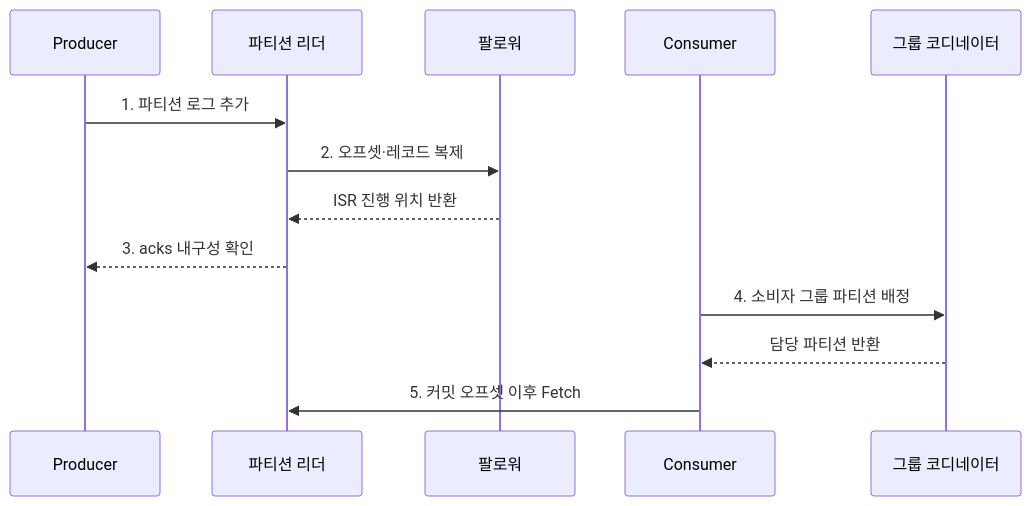
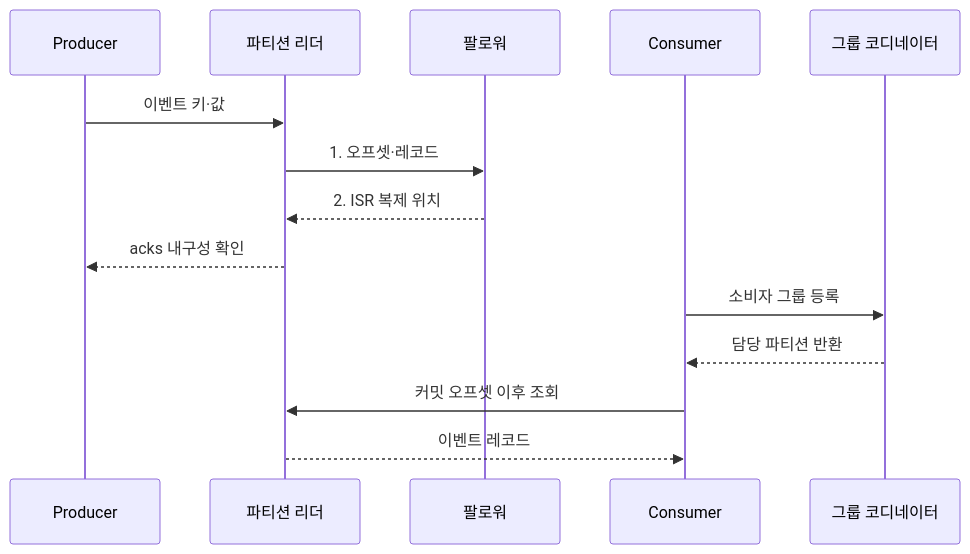
One commit to agnusdei1207/knowledge-base changed the second of 2 diagrams in src/content/docs/notes/03-software/119_apache_kafka.md. Above: the diagram before and after it, drawn with Mermaid. The commit also changed other lines of this file and 20 other files, not shown here.

````diff
--- a/src/content/docs/notes/03-software/119_apache_kafka.md
+++ b/src/content/docs/notes/03-software/119_apache_kafka.md
@@ -85,15 +91,16 @@
 ```mermaid
 sequenceDiagram
     participant P as Producer
     participant L as 파티션 리더
     participant F as 팔로워
     participant C as Consumer
     participant G as 그룹 코디네이터
-    P->>L: 1. 파티션 로그 추가
-    L->>F: 2. 오프셋·레코드 복제
-    F-->>L: ISR 진행 위치 반환
-    L-->>P: 3. acks 내구성 확인
-    C->>G: 4. 소비자 그룹 파티션 배정
+    P->>L: 이벤트 키·값
+    L->>F: 1. 오프셋·레코드
+    F-->>L: 2. ISR 복제 위치
+    L-->>P: acks 내구성 확인
+    C->>G: 소비자 그룹 등록
     G-->>C: 담당 파티션 반환
-    C->>L: 5. 커밋 오프셋 이후 Fetch
+    C->>L: 커밋 오프셋 이후 조회
+    L-->>C: 이벤트 레코드
 ```
````
